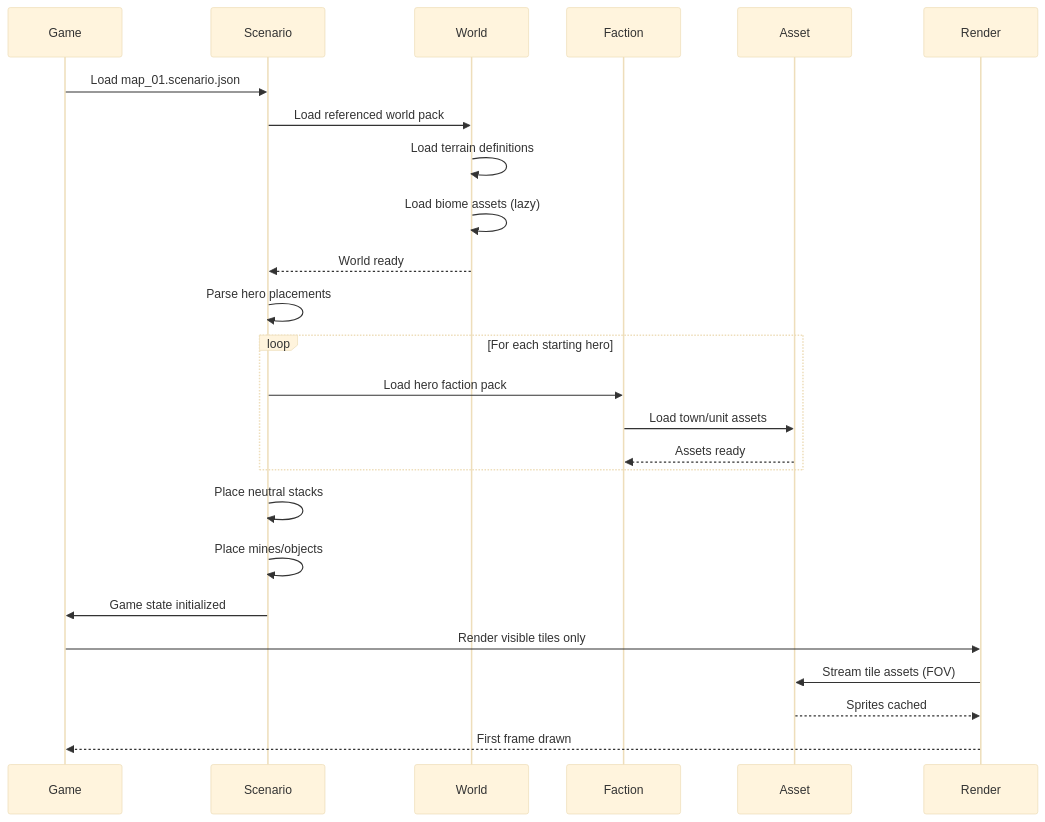
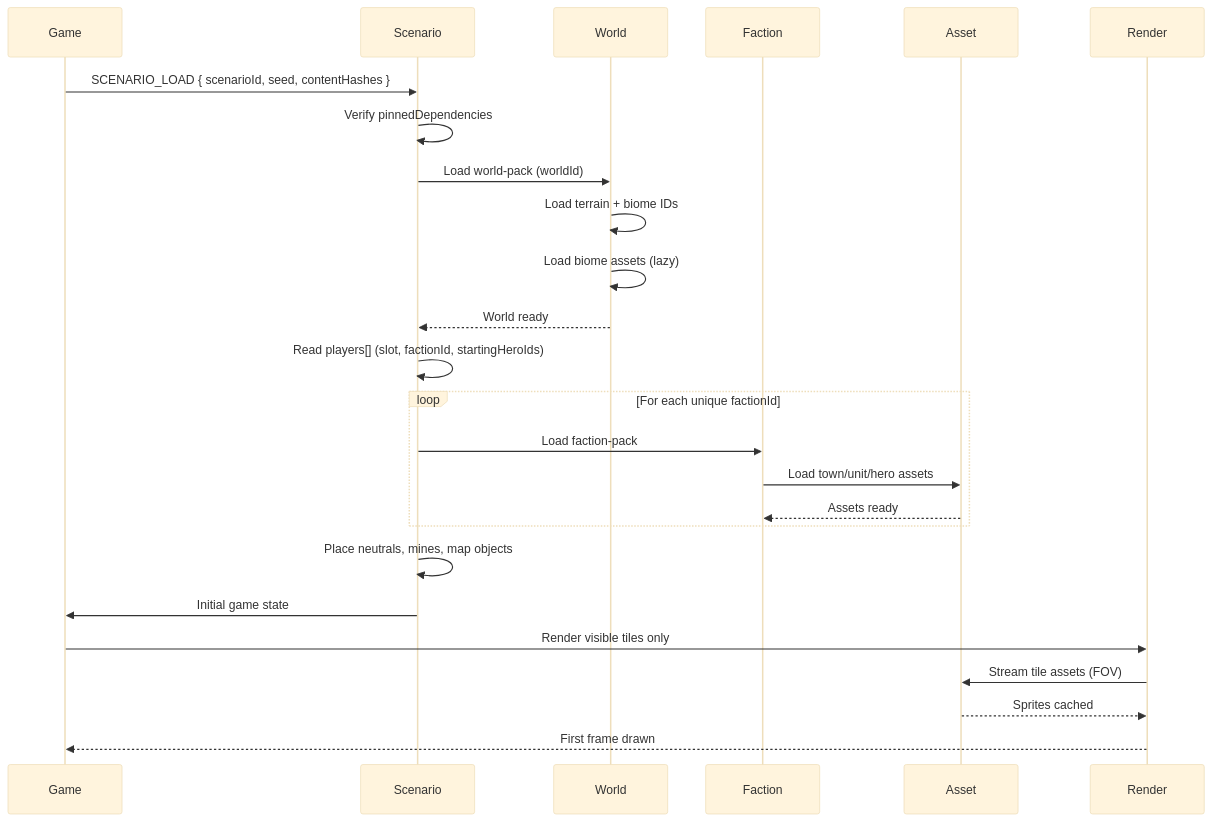
One commit to SunaNoOshiro/Heroes_Reforged_AI_Realms changed the diagram in docs/architecture/diagrams/04-map-loading.md. Above: the diagram before and after it, drawn with Mermaid (base theme). The commit also changed other lines of this file and 518 other files, not shown here.

First line of the commit message:
Add doc-audit skill and sweep architecture/screen docs

````diff
--- a/docs/architecture/diagrams/04-map-loading.md
+++ b/docs/architecture/diagrams/04-map-loading.md
@@ -10,28 +31,28 @@
 ```mermaid
 sequenceDiagram
     participant Game
     participant Scenario
     participant World
     participant Faction
     participant Asset
     participant Render
 
-    Game->>Scenario: Load map_01.scenario.json
-    Scenario->>World: Load referenced world pack
-    World->>World: Load terrain definitions
+    Game->>Scenario: SCENARIO_LOAD { scenarioId, seed, contentHashes }
+    Scenario->>Scenario: Verify pinnedDependencies
+    Scenario->>World: Load world-pack (worldId)
+    World->>World: Load terrain + biome IDs
     World->>World: Load biome assets (lazy)
     World-->>Scenario: World ready
-    Scenario->>Scenario: Parse hero placements
-    loop For each starting hero
-        Scenario->>Faction: Load hero faction pack
-        Faction->>Asset: Load town/unit assets
+    Scenario->>Scenario: Read players[] (slot, factionId, startingHeroIds)
+    loop For each unique factionId
+        Scenario->>Faction: Load faction-pack
+        Faction->>Asset: Load town/unit/hero assets
         Asset-->>Faction: Assets ready
     end
-    Scenario->>Scenario: Place neutral stacks
-    Scenario->>Scenario: Place mines/objects
-    Scenario->>Game: Game state initialized
+    Scenario->>Scenario: Place neutrals, mines, map objects
+    Scenario->>Game: Initial game state
     Game->>Render: Render visible tiles only
     Render->>Asset: Stream tile assets (FOV)
     Asset-->>Render: Sprites cached
     Render-->>Game: First frame drawn
 ```
````
